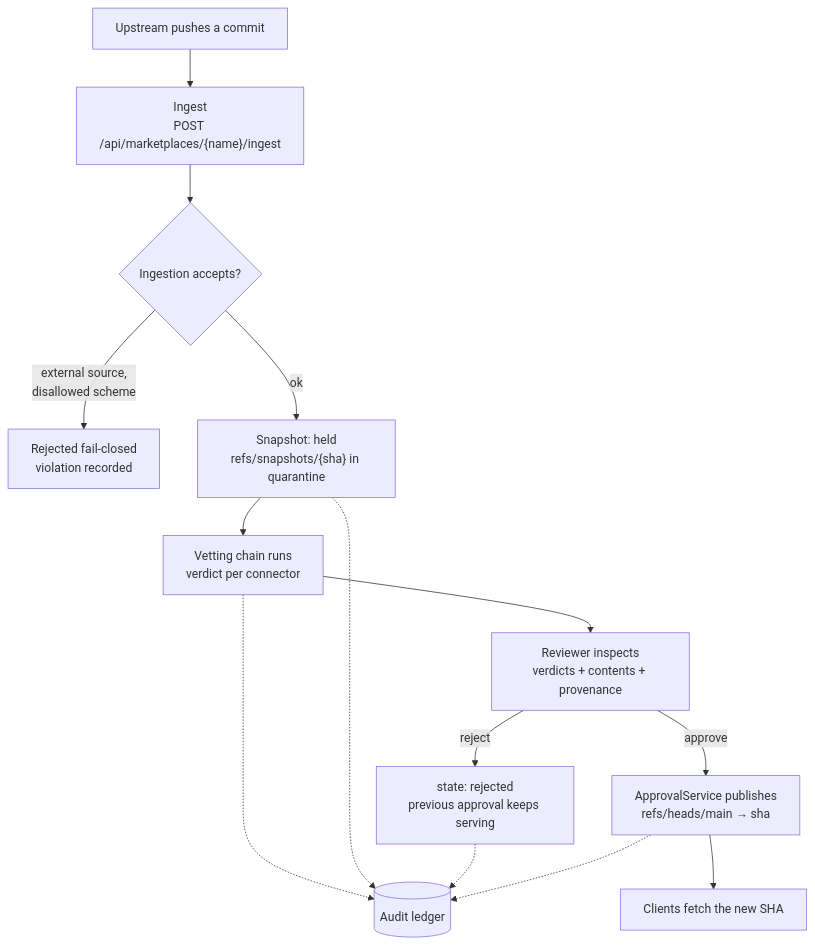
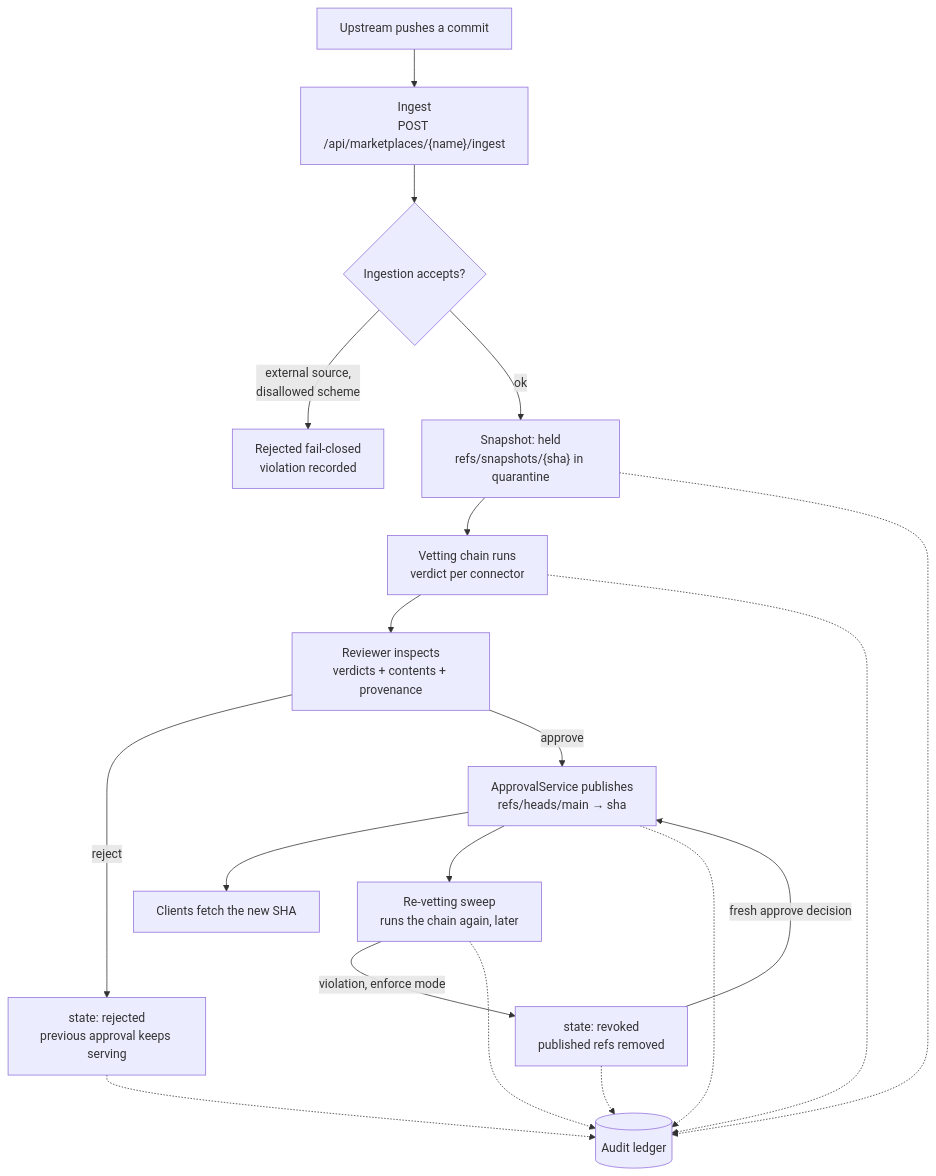
One commit to skillsgateway/skillsgateway changed the first of 3 diagrams in docs/manual/concepts/lifecycle.md. Above: the diagram before and after it, drawn with Mermaid. The commit also changed other lines of this file and 55 other files, not shown here.

````diff
--- a/docs/manual/concepts/lifecycle.md
+++ b/docs/manual/concepts/lifecycle.md
@@ -9,16 +9,21 @@
 ```mermaid
 flowchart TD
     A["Upstream pushes a commit"] --> B["Ingest<br/>POST /api/marketplaces/{name}/ingest"]
     B --> C{"Ingestion accepts?"}
     C -->|"external source,<br/>disallowed scheme"| D["Rejected fail-closed<br/>violation recorded"]
     C -->|ok| E["Snapshot: held<br/>refs/snapshots/{sha} in quarantine"]
     E --> V["Vetting chain runs<br/>verdict per connector"]
     V --> F["Reviewer inspects<br/>verdicts + contents + provenance"]
     F -->|reject| G["state: rejected<br/>previous approval keeps serving"]
     F -->|approve| H["ApprovalService publishes<br/>refs/heads/main → sha"]
     H --> I["Clients fetch the new SHA"]
+    H --> R["Re-vetting sweep<br/>runs the chain again, later"]
+    R -->|"violation, enforce mode"| X["state: revoked<br/>published refs removed"]
+    X -->|"fresh approve decision"| H
+    R -.-> L
+    X -.-> L
     V -.-> L[("Audit ledger")]
     E -.-> L
     G -.-> L
     H -.-> L
 ```
````
